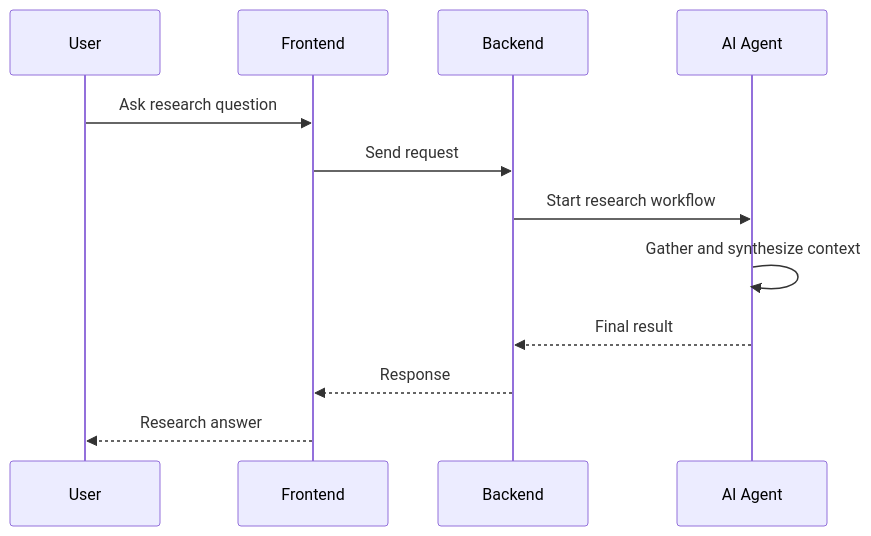
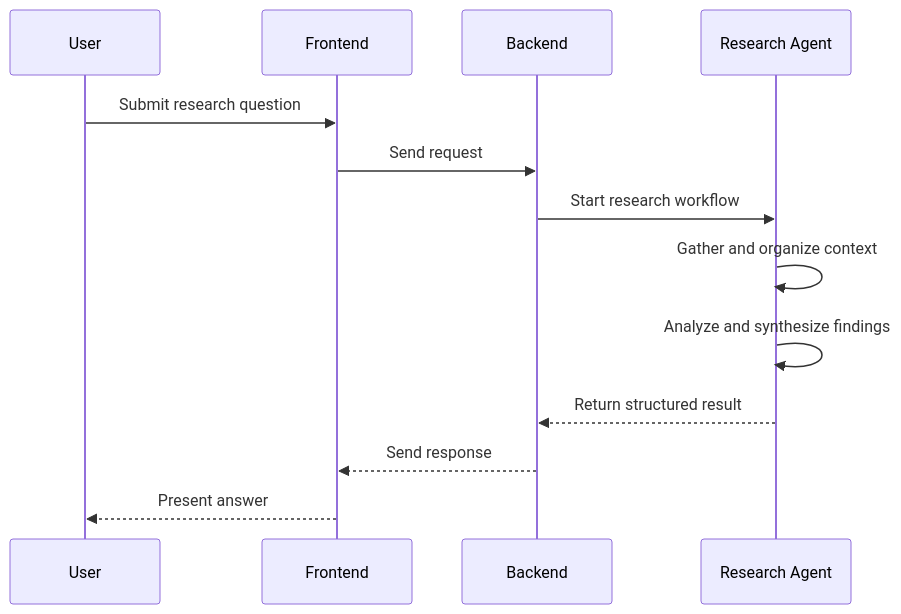
The third of 4 diagrams in README.md (Priyanshu710-ui/AI-Research-Agent), drawn with Mermaid before and after one commit. The commit also changed other lines of this file, not shown here.

Commit message:
Replace diagram-only README with detailed AI project documentation

````diff
--- a/README.md
+++ b/README.md
@@ -29,14 +56,16 @@
 ```mermaid
 sequenceDiagram
     participant U as User
     participant F as Frontend
     participant B as Backend
-    participant A as AI Agent
-    U->>F: Ask research question
+    participant A as Research Agent
+
+    U->>F: Submit research question
     F->>B: Send request
     B->>A: Start research workflow
-    A->>A: Gather and synthesize context
-    A-->>B: Final result
-    B-->>F: Response
-    F-->>U: Research answer
+    A->>A: Gather and organize context
+    A->>A: Analyze and synthesize findings
+    A-->>B: Return structured result
+    B-->>F: Send response
+    F-->>U: Present answer
 ```
````
